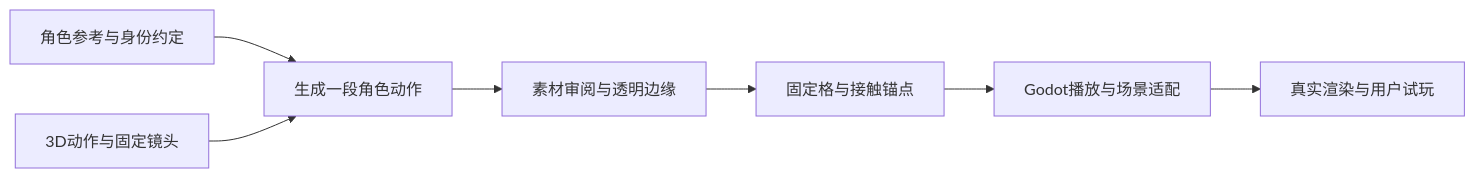
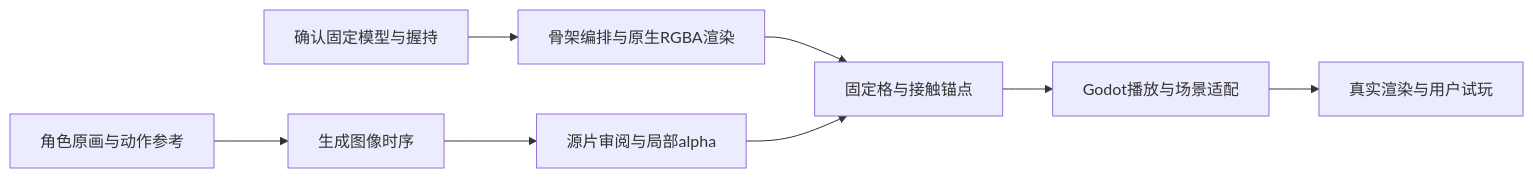
The diagram in docs/IMAGE_MOTION_PRODUCTION_METHOD.md (jggagi/shu), drawn with Mermaid before and after one commit. The commit also changed other lines of this file and 1244 other files, not shown here.

````diff
--- a/docs/IMAGE_MOTION_PRODUCTION_METHOD.md
+++ b/docs/IMAGE_MOTION_PRODUCTION_METHOD.md
@@ -18,9 +23,10 @@
 ```mermaid
 flowchart LR
-    A[角色参考与身份约定] --> C[生成一段角色动作]
-    B[3D动作与固定镜头] --> C
-    C --> D[素材审阅与透明边缘]
+    A[角色原画与动作参考] --> C[生成图像时序]
+    C --> D[源片审阅与局部alpha]
+    B[确认固定模型与握持] --> R[骨架编排与原生RGBA渲染]
+    R --> E[固定格与接触锚点]
     D --> E[固定格与接触锚点]
     E --> F[Godot播放与场景适配]
     F --> G[真实渲染与用户试玩]
 ```
````
